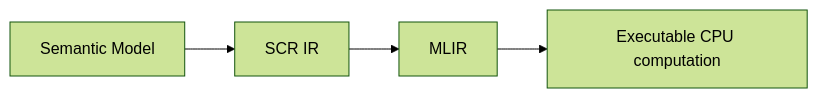
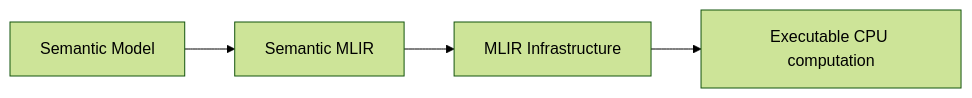
One commit to zharia/Semantic-Computational-Runtime changed diagram 16 of 21 in 002_GETTING_STARTED.md. Above: the diagram before and after it, drawn with Mermaid (forest theme). The commit also changed other lines of this file and 47 other files, not shown here.

First line of the commit message:
feat: MLIR-first architectural alignment pass

````diff
--- a/002_GETTING_STARTED.md
+++ b/002_GETTING_STARTED.md
@@ -1426,9 +1426,9 @@
 ```mermaid
 flowchart LR
     A["Semantic Model"]
-    B["SCR IR"]
-    C["MLIR"]
+    B["Semantic MLIR"]
+    C["MLIR Infrastructure"]
     D["Executable CPU computation"]
 
     A --> B --> C --> D
 ```
````
